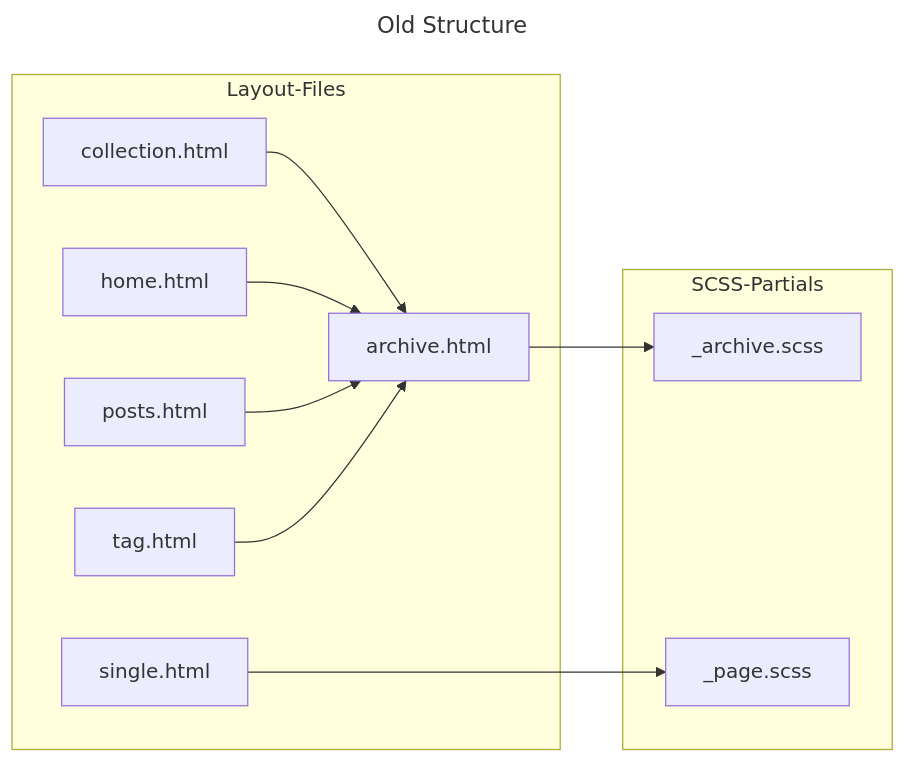
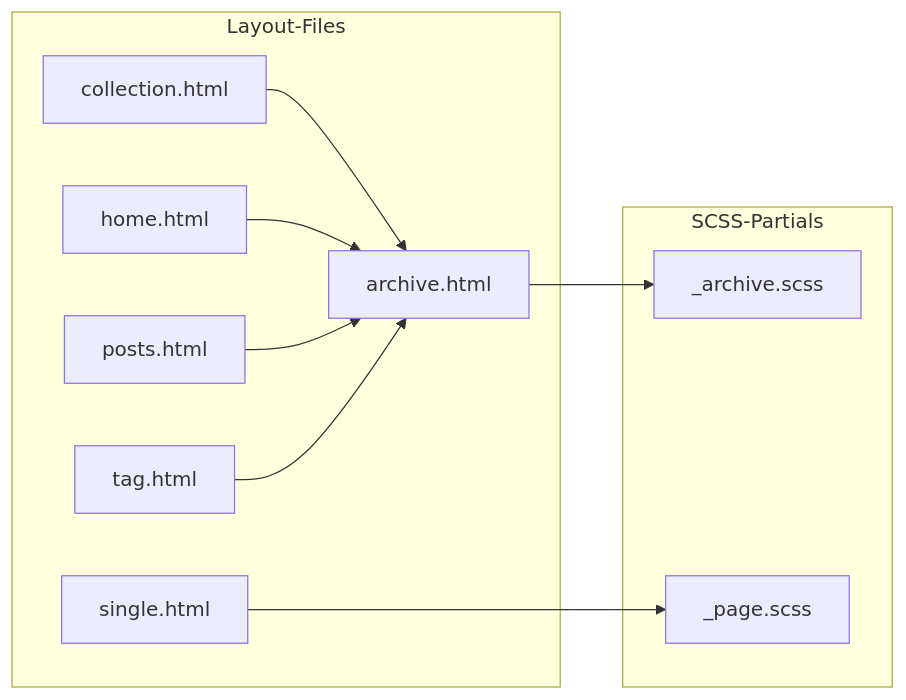
The first of 3 diagrams in _posts/2024-02-14-removing-author-profile-spacing.md (KieranReck/KieranReck.github.io), drawn with Mermaid before and after one commit. The commit also changed other lines of this file, not shown here.

````diff
--- a/_posts/2024-02-14-removing-author-profile-spacing.md
+++ b/_posts/2024-02-14-removing-author-profile-spacing.md
@@ -158,27 +158,25 @@
 ```mermaid
----
-title: Old Structure
----
+
 flowchart LR
 
 archive.html --> _archive.scss
 single.html ---> _page.scss
 collection.html --> archive.html
 home.html --> archive.html
 posts.html --> archive.html
 tag.html --> archive.html
 
 subgraph Layout-Files
 archive.html
 single.html
 collection.html
 home.html
 posts.html
 tag.html
 end
 
 subgraph SCSS-Partials
 _archive.scss
 _page.scss
 end
 ```
````
